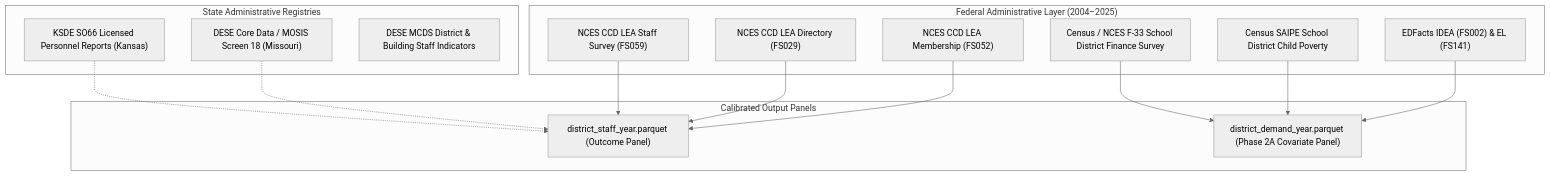
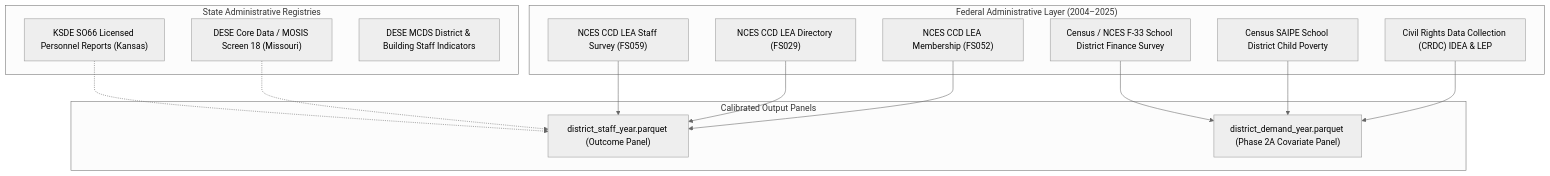
One commit to admiralorbiter/computational-sketchbook changed the diagram in 2026/2026-10-01-kc-admin-staffing-decomposition/research/provenance_ledger.md. Above: the diagram before and after it, drawn with Mermaid (neutral theme). The commit also changed other lines of this file and 14 other files, not shown here.

````diff
--- a/2026/2026-10-01-kc-admin-staffing-decomposition/research/provenance_ledger.md
+++ b/2026/2026-10-01-kc-admin-staffing-decomposition/research/provenance_ledger.md
@@ -12,32 +12,32 @@
 ```mermaid
 flowchart TD
     subgraph Federal["Federal Administrative Layer (2004–2025)"]
         CCD_Staff["NCES CCD LEA Staff Survey (FS059)"]
         CCD_Dir["NCES CCD LEA Directory (FS029)"]
         CCD_Mem["NCES CCD LEA Membership (FS052)"]
         Census_F33["Census / NCES F-33 School District Finance Survey"]
         SAIPE["Census SAIPE School District Child Poverty"]
-        EDFacts["EDFacts IDEA (FS002) & EL (FS141)"]
+        CRDC["Civil Rights Data Collection (CRDC) IDEA & LEP"]
     end
 
     subgraph State["State Administrative Registries"]
         KSDE_SO66["KSDE SO66 Licensed Personnel Reports (Kansas)"]
         MO_CoreData["DESE Core Data / MOSIS Screen 18 (Missouri)"]
         MO_MCDS["DESE MCDS District & Building Staff Indicators"]
     end
 
     subgraph Calibrated["Calibrated Output Panels"]
         Staff_Panel["district_staff_year.parquet (Outcome Panel)"]
         Demand_Panel["district_demand_year.parquet (Phase 2A Covariate Panel)"]
     end
 
     CCD_Staff --> Staff_Panel
     CCD_Dir --> Staff_Panel
     CCD_Mem --> Staff_Panel
     KSDE_SO66 -.-> Staff_Panel
     MO_CoreData -.-> Staff_Panel
 
     Census_F33 --> Demand_Panel
     SAIPE --> Demand_Panel
-    EDFacts --> Demand_Panel
+    CRDC --> Demand_Panel
 ```
````
